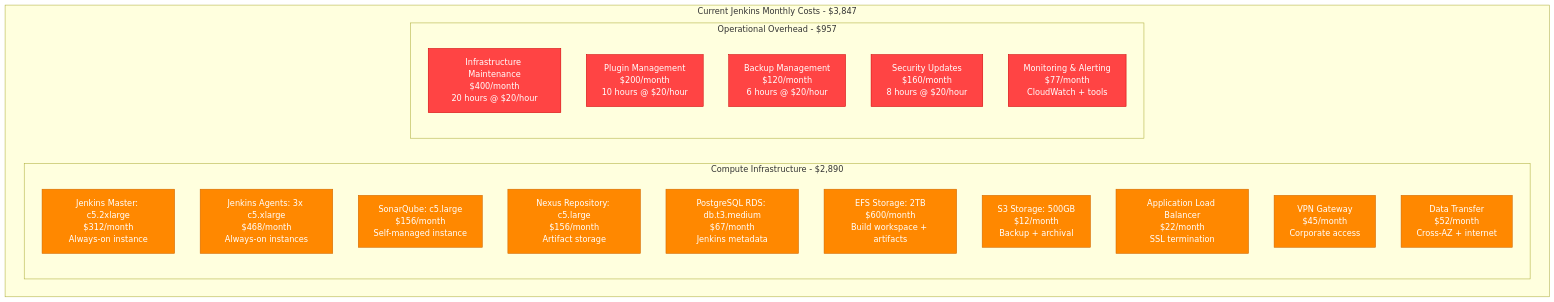
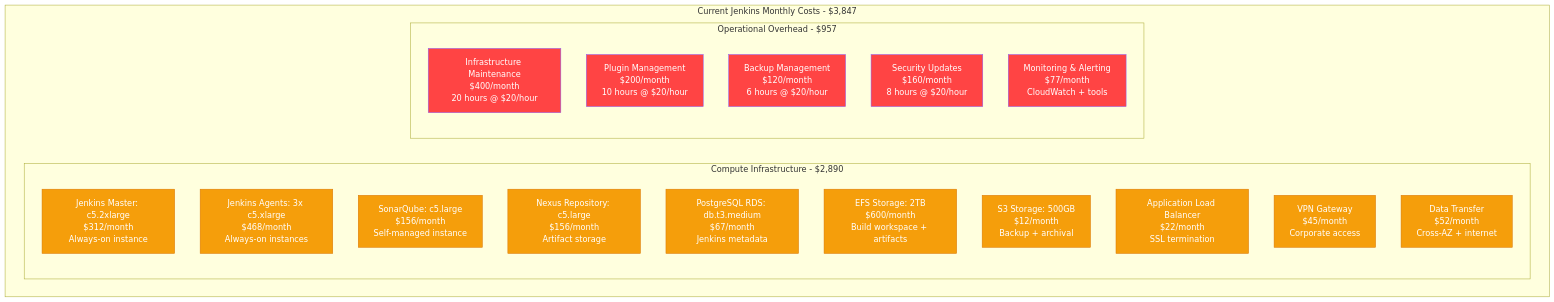
The fifth of 7 diagrams in site/docs/migrations/jenkins-to-github-actions.md (deepaucksharma/DS), drawn with Mermaid before and after one commit. The commit also changed other lines of this file and 187 other files, not shown here.

````diff
--- a/site/docs/migrations/jenkins-to-github-actions.md
+++ b/site/docs/migrations/jenkins-to-github-actions.md
@@ -1010,33 +1010,33 @@
 ```mermaid
 graph TB
     subgraph CurrentCosts[Current Jenkins Monthly Costs - $3,847]
 
         subgraph ComputeCosts[Compute Infrastructure - $2,890]
             JENKINS_MASTER_COST[Jenkins Master: c5.2xlarge<br/>$312/month<br/>Always-on instance]
             JENKINS_AGENTS_COST[Jenkins Agents: 3x c5.xlarge<br/>$468/month<br/>Always-on instances]
             SONAR_COST[SonarQube: c5.large<br/>$156/month<br/>Self-managed instance]
             NEXUS_COST[Nexus Repository: c5.large<br/>$156/month<br/>Artifact storage]
             RDS_COST[PostgreSQL RDS: db.t3.medium<br/>$67/month<br/>Jenkins metadata]
             EFS_COST[EFS Storage: 2TB<br/>$600/month<br/>Build workspace + artifacts]
             S3_COST[S3 Storage: 500GB<br/>$12/month<br/>Backup + archival]
             ALB_COST[Application Load Balancer<br/>$22/month<br/>SSL termination]
             VPN_COST[VPN Gateway<br/>$45/month<br/>Corporate access]
             DATA_TRANSFER[Data Transfer<br/>$52/month<br/>Cross-AZ + internet]
         end
 
         subgraph OperationalCosts[Operational Overhead - $957]
             MAINTENANCE[Infrastructure Maintenance<br/>$400/month<br/>20 hours @ $20/hour]
             PLUGIN_MGMT[Plugin Management<br/>$200/month<br/>10 hours @ $20/hour]
             BACKUP_MGMT[Backup Management<br/>$120/month<br/>6 hours @ $20/hour]
             SECURITY_UPDATES[Security Updates<br/>$160/month<br/>8 hours @ $20/hour]
             MONITORING[Monitoring & Alerting<br/>$77/month<br/>CloudWatch + tools]
         end
     end
 
     %% Cost colors
-    classDef computeCost fill:#ff8800,stroke:#cc6600,color:#fff
-    classDef operationalCost fill:#ff4444,stroke:#cc0000,color:#fff
+    classDef computeCost fill:#F59E0B,stroke:#D97706,color:#fff
+    classDef operationalCost fill:#ff4444,stroke:#8B5CF6,color:#fff
 
     class JENKINS_MASTER_COST,JENKINS_AGENTS_COST,SONAR_COST,NEXUS_COST,RDS_COST,EFS_COST,S3_COST,ALB_COST,VPN_COST,DATA_TRANSFER computeCost
     class MAINTENANCE,PLUGIN_MGMT,BACKUP_MGMT,SECURITY_UPDATES,MONITORING operationalCost
 ```
````
